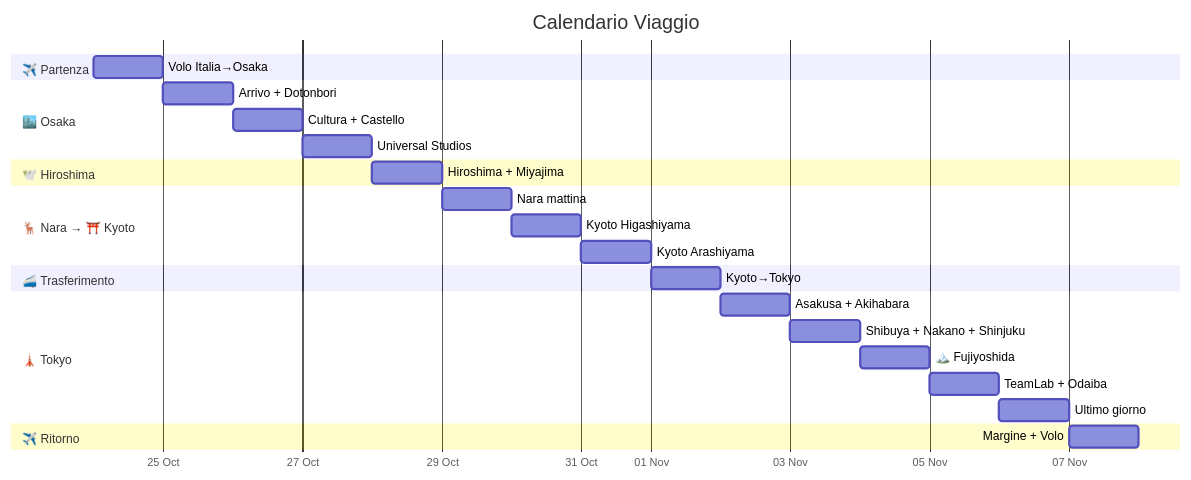
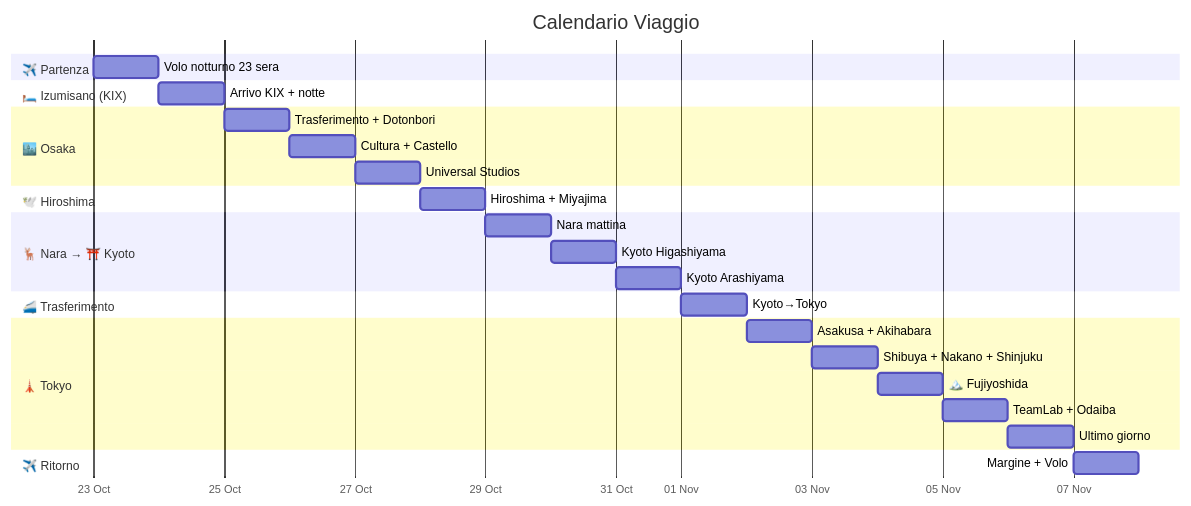
Before and after one commit to LorenzoPolito/Travel-Vault: the second of 3 diagrams in Itinerari/Japan/2026/Itinerario-Giappone-24ott-7nov2026.md, drawn with Mermaid. The commit also changed other lines of this file and 5 other files, not shown here.

First line of the commit message:
Partenza 23 sera: notte del 24 a Izumisano (KURA Hotel) prima di Osaka

````diff
--- a/Itinerari/Japan/2026/Itinerario-Giappone-24ott-7nov2026.md
+++ b/Itinerari/Japan/2026/Itinerario-Giappone-24ott-7nov2026.md
@@ -53,35 +55,38 @@
 ```mermaid
 gantt
     title Calendario Viaggio
     dateFormat  YYYY-MM-DD
     axisFormat  %d %b
 
     section ✈️ Partenza
-    Volo Italia→Osaka       :g1, 2026-10-24, 1d
+    Volo notturno 23 sera   :g1, 2026-10-23, 1d
+
+    section 🛏️ Izumisano (KIX)
+    Arrivo KIX + notte      :g2, 2026-10-24, 1d
 
     section 🏙️ Osaka
-    Arrivo + Dotonbori     :g2, 2026-10-25, 1d
+    Trasferimento + Dotonbori :g3, 2026-10-25, 1d
     Cultura + Castello     :2026-10-26, 1d
     Universal Studios      :2026-10-27, 1d
 
     section 🕊️ Hiroshima
     Hiroshima + Miyajima   :2026-10-28, 1d
 
     section 🦌 Nara → ⛩️ Kyoto
-    Nara mattina           :g6, 2026-10-29, 1d
+    Nara mattina           :g7, 2026-10-29, 1d
     Kyoto Higashiyama      :2026-10-30, 1d
     Kyoto Arashiyama       :2026-10-31, 1d
 
     section 🚄 Trasferimento
     Kyoto→Tokyo            :2026-11-01, 1d
 
     section 🗼 Tokyo
     Asakusa + Akihabara    :2026-11-02, 1d
     Shibuya + Nakano + Shinjuku :2026-11-03, 1d
     🏔️ Fujiyoshida          :2026-11-04, 1d
     TeamLab + Odaiba       :2026-11-05, 1d
     Ultimo giorno          :2026-11-06, 1d
 
     section ✈️ Ritorno
     Margine + Volo         :2026-11-07, 1d
 ```
````
